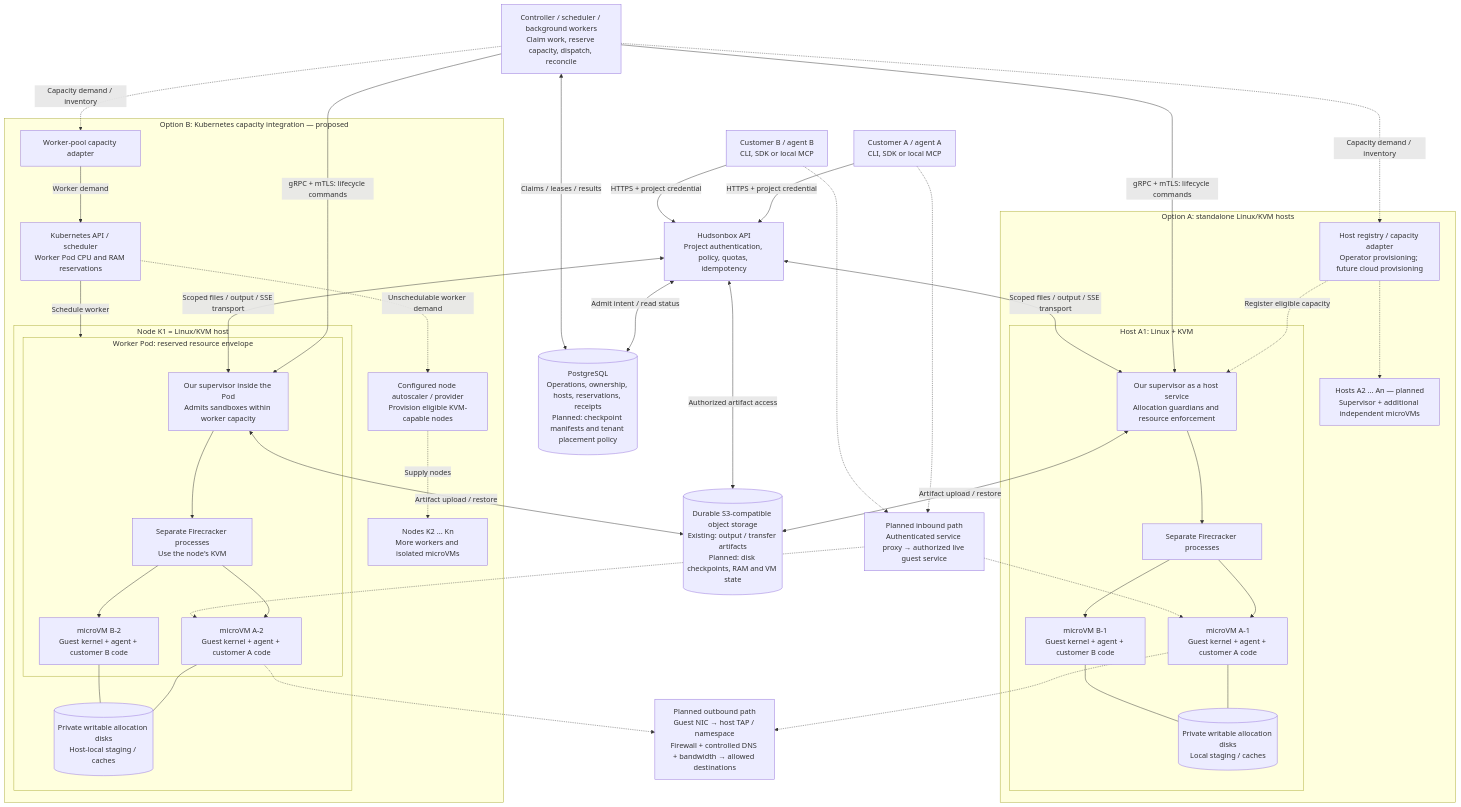
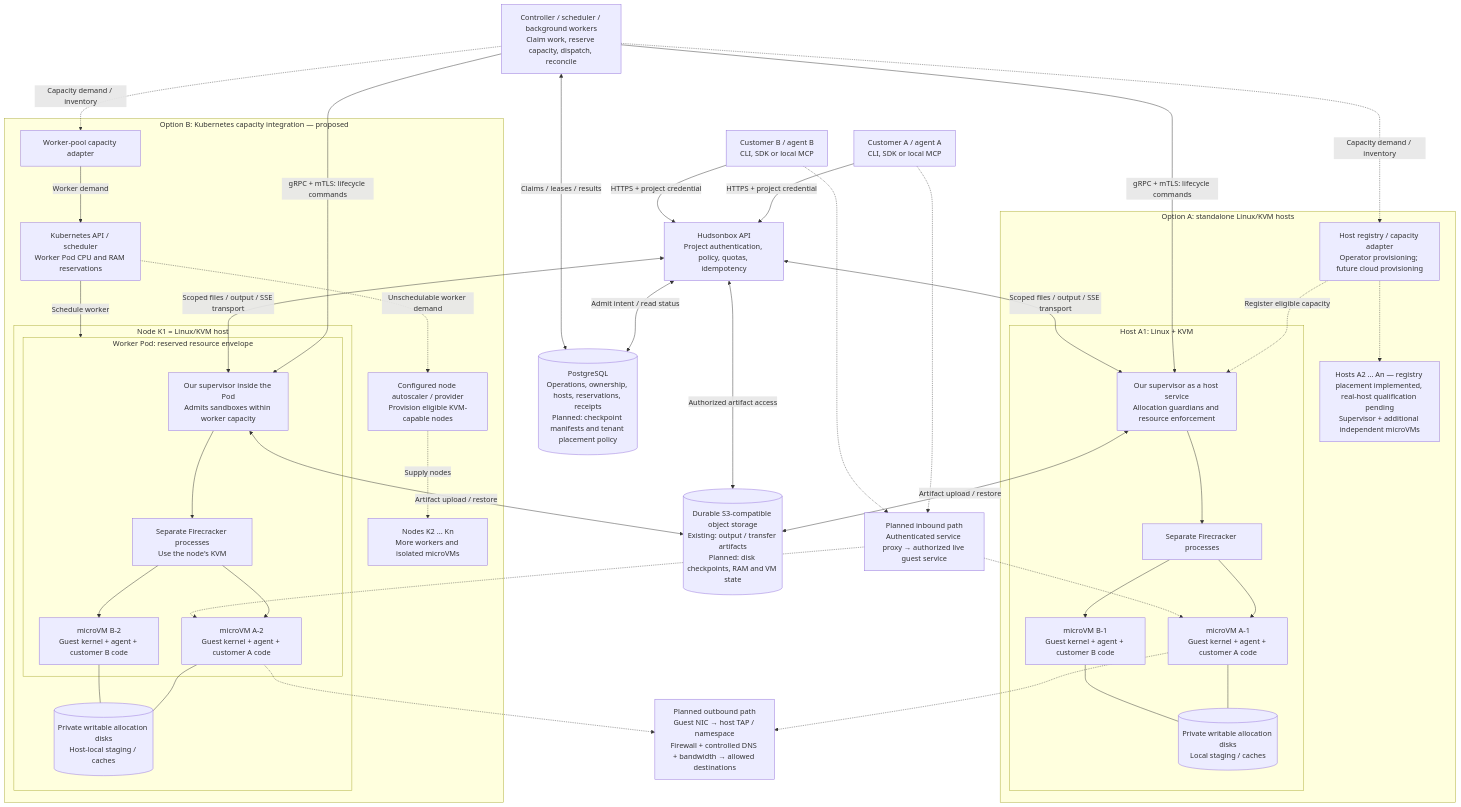
The diagram in docs/arch-v1.md (hudson-frontier/hudsonbox), drawn with Mermaid before and after one commit. The commit also changed other lines of this file and 39 other files, not shown here.

````diff
--- a/docs/arch-v1.md
+++ b/docs/arch-v1.md
@@ -11,77 +11,77 @@
 ```mermaid
 flowchart TB
     A["Customer A / agent A<br/>CLI, SDK or local MCP"]
     B["Customer B / agent B<br/>CLI, SDK or local MCP"]
     API["Hudsonbox API<br/>Project authentication, policy, quotas, idempotency"]
     DB[("PostgreSQL<br/>Operations, ownership, hosts, reservations, receipts<br/>Planned: checkpoint manifests and tenant placement policy")]
     CTRL["Controller / scheduler / background workers<br/>Claim work, reserve capacity, dispatch, reconcile"]
     A -->|"HTTPS + project credential"| API
     B -->|"HTTPS + project credential"| API
     API <-->|"Admit intent / read status"| DB
     CTRL <-->|"Claims / leases / results"| DB
 
     subgraph ST["Option A: standalone Linux/KVM hosts"]
         SA["Host registry / capacity adapter<br/>Operator provisioning; future cloud provisioning"]
         subgraph H1["Host A1: Linux + KVM"]
             S1["Our supervisor as a host service<br/>Allocation guardians and resource enforcement"]
             F1["Separate Firecracker processes"]
             V1["microVM A-1<br/>Guest kernel + agent + customer A code"]
             V2["microVM B-1<br/>Guest kernel + agent + customer B code"]
             D1[("Private writable allocation disks<br/>Local staging / caches")]
             S1 --> F1
             F1 --> V1
             F1 --> V2
             V1 --- D1
             V2 --- D1
         end
-        H2["Hosts A2 ... An — planned<br/>Supervisor + additional independent microVMs"]
+        H2["Hosts A2 ... An — registry placement implemented, real-host qualification pending<br/>Supervisor + additional independent microVMs"]
         SA -.->|"Register eligible capacity"| S1
         SA -.-> H2
     end
 
     subgraph KT["Option B: Kubernetes capacity integration — proposed"]
         KA["Worker-pool capacity adapter"]
         KAPI["Kubernetes API / scheduler<br/>Worker Pod CPU and RAM reservations"]
         AUTO["Configured node autoscaler / provider<br/>Provision eligible KVM-capable nodes"]
         subgraph N1["Node K1 = Linux/KVM host"]
             subgraph POD["Worker Pod: reserved resource envelope"]
                 S2["Our supervisor inside the Pod<br/>Admits sandboxes within worker capacity"]
                 F2["Separate Firecracker processes<br/>Use the node's KVM"]
                 V3["microVM A-2<br/>Guest kernel + agent + customer A code"]
                 V4["microVM B-2<br/>Guest kernel + agent + customer B code"]
                 S2 --> F2
                 F2 --> V3
                 F2 --> V4
             end
             D2[("Private writable allocation disks<br/>Host-local staging / caches")]
             V3 --- D2
             V4 --- D2
         end
         N2["Nodes K2 ... Kn<br/>More workers and isolated microVMs"]
         KA -->|"Worker demand"| KAPI
         KAPI -->|"Schedule worker"| POD
         KAPI -.->|"Unschedulable worker demand"| AUTO
         AUTO -.->|"Supply nodes"| N2
     end
 
     CTRL -.->|"Capacity demand / inventory"| SA
     CTRL -.->|"Capacity demand / inventory"| KA
     CTRL -->|"gRPC + mTLS: lifecycle commands"| S1
     CTRL -->|"gRPC + mTLS: lifecycle commands"| S2
     API <-->|"Scoped files / output / SSE transport"| S1
     API <-->|"Scoped files / output / SSE transport"| S2
 
     OBJ[("Durable S3-compatible object storage<br/>Existing: output / transfer artifacts<br/>Planned: disk checkpoints, RAM and VM state")]
     S1 <-->|"Artifact upload / restore"| OBJ
     S2 <-->|"Artifact upload / restore"| OBJ
     API <-->|"Authorized artifact access"| OBJ
 
     NET["Planned outbound path<br/>Guest NIC → host TAP / namespace<br/>Firewall + controlled DNS + bandwidth → allowed destinations"]
     IN["Planned inbound path<br/>Authenticated service proxy → authorized live guest service"]
     V1 -.-> NET
     V3 -.-> NET
     A -.-> IN
     B -.-> IN
     IN -.-> V1
     IN -.-> V3
 ```
````
